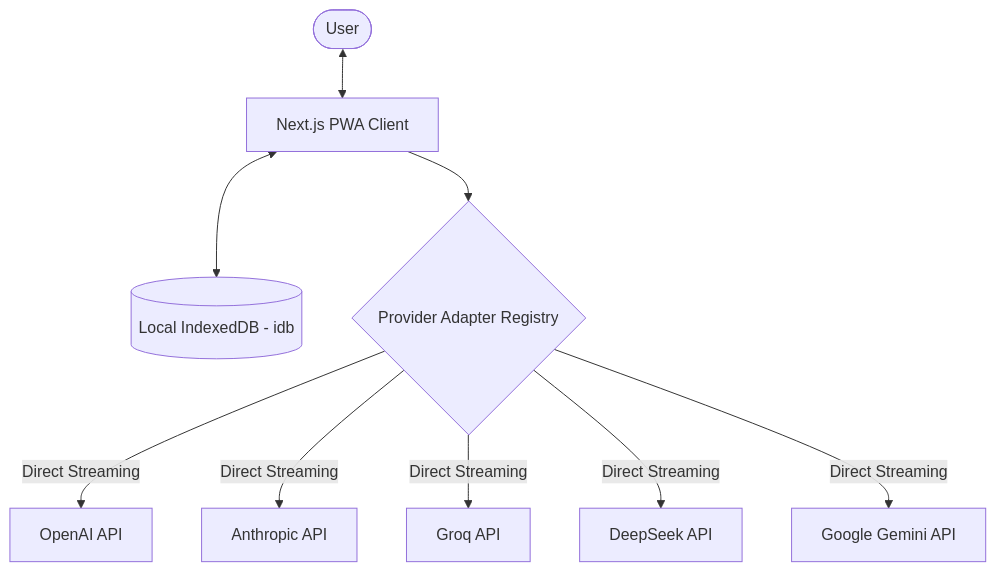
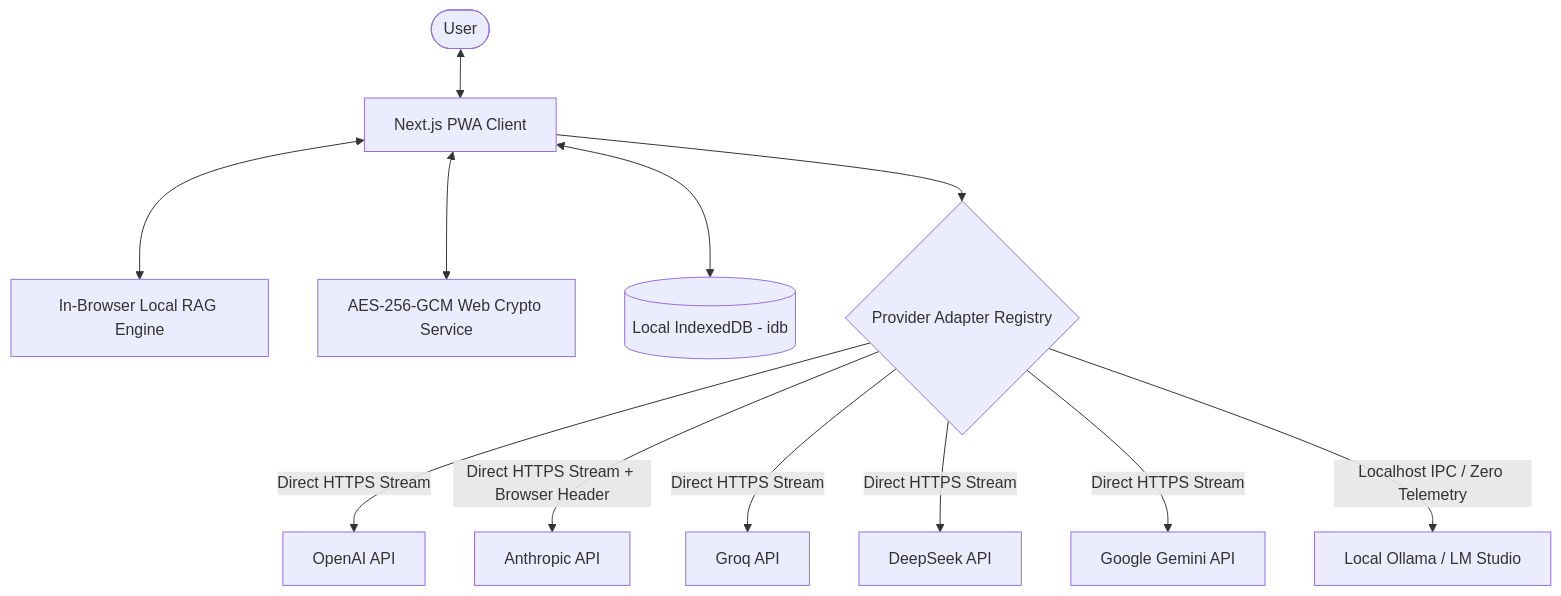
The diagram in README.md (mmkaya-ui/privai), drawn with Mermaid before and after one commit. The commit also changed other lines of this file and 34 other files, not shown here.

First line of the commit message:
feat: complete Phase 0, 1, 2 enterprise zero-telemetry workspace upgrades

````diff
--- a/README.md
+++ b/README.md
@@ -20,11 +24,14 @@
 ```mermaid
 flowchart TD
     User([User]) <--> UI[Next.js PWA Client]
+    UI <--> RAG[In-Browser Local RAG Engine]
+    UI <--> Crypto[AES-256-GCM Web Crypto Service]
     UI <--> IDB[(Local IndexedDB - idb)]
     UI --> Router{Provider Adapter Registry}
-    Router -->|Direct Streaming| P1[OpenAI API]
-    Router -->|Direct Streaming| P2[Anthropic API]
-    Router -->|Direct Streaming| P3[Groq API]
-    Router -->|Direct Streaming| P4[DeepSeek API]
-    Router -->|Direct Streaming| P5[Google Gemini API]
+    Router -->|Direct HTTPS Stream| P1[OpenAI API]
+    Router -->|Direct HTTPS Stream + Browser Header| P2[Anthropic API]
+    Router -->|Direct HTTPS Stream| P3[Groq API]
+    Router -->|Direct HTTPS Stream| P4[DeepSeek API]
+    Router -->|Direct HTTPS Stream| P5[Google Gemini API]
+    Router -->|Localhost IPC / Zero Telemetry| P6[Local Ollama / LM Studio]
 ```
````
